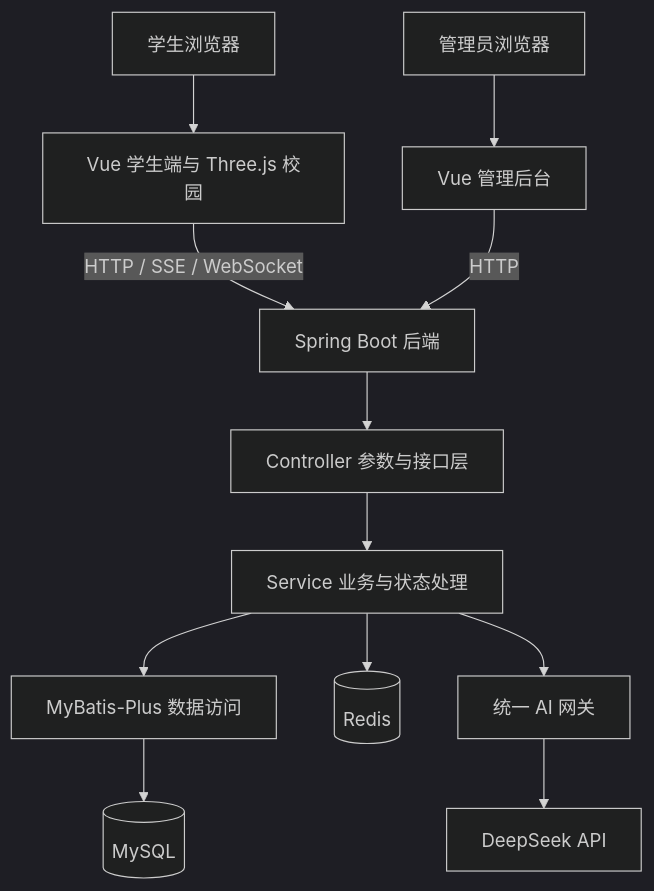
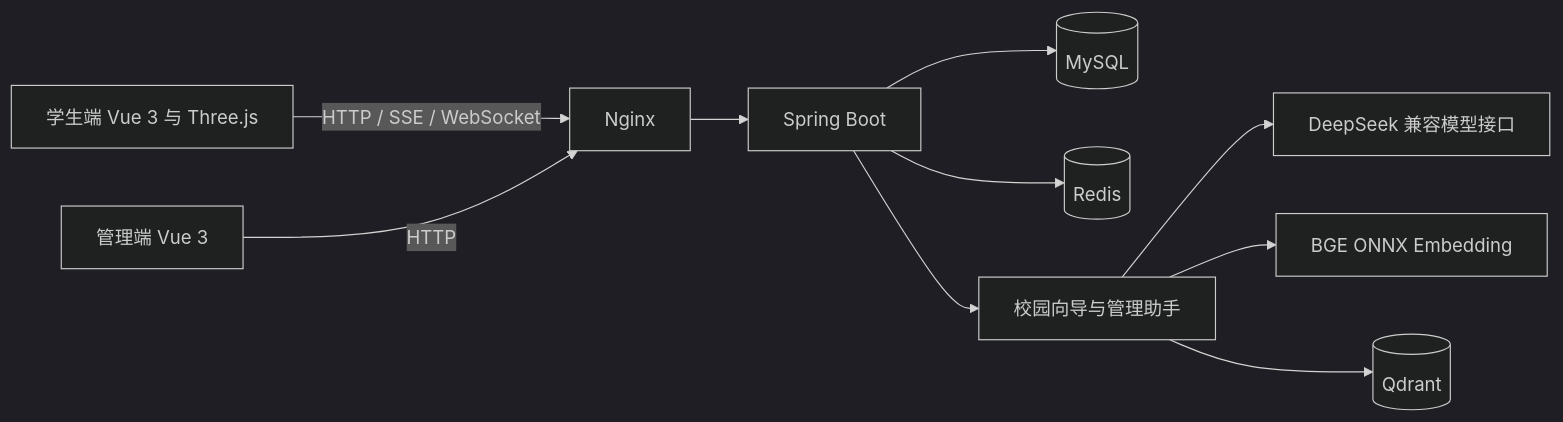
One commit to hongyucheng6258-glitch/Graduation-Project changed the diagram in README.md. Above: the diagram before and after it, drawn with Mermaid (dark theme). The commit also changed other lines of this file, not shown here.

````diff
--- a/README.md
+++ b/README.md
@@ -113,14 +37,12 @@
 ```mermaid
-flowchart TD
-    Student[学生浏览器] --> StudentWeb[Vue 学生端与 Three.js 校园]
-    Admin[管理员浏览器] --> AdminWeb[Vue 管理后台]
-    StudentWeb -->|HTTP / SSE / WebSocket| API[Spring Boot 后端]
-    AdminWeb -->|HTTP| API
-    API --> Controller[Controller 参数与接口层]
-    Controller --> Service[Service 业务与状态处理]
-    Service --> Mapper[MyBatis-Plus 数据访问]
-    Mapper --> MySQL[(MySQL)]
-    Service --> Redis[(Redis)]
-    Service --> Gateway[统一 AI 网关]
-    Gateway --> Model[DeepSeek API]
+flowchart LR
+    Student[学生端 Vue 3 与 Three.js] -->|HTTP / SSE / WebSocket| Nginx[Nginx]
+    Admin[管理端 Vue 3] -->|HTTP| Nginx
+    Nginx --> API[Spring Boot]
+    API --> DB[(MySQL)]
+    API --> Redis[(Redis)]
+    API --> Agent[校园向导与管理助手]
+    Agent --> Model[DeepSeek 兼容模型接口]
+    Agent --> Embedding[BGE ONNX Embedding]
+    Agent --> Qdrant[(Qdrant)]
 ```
````
